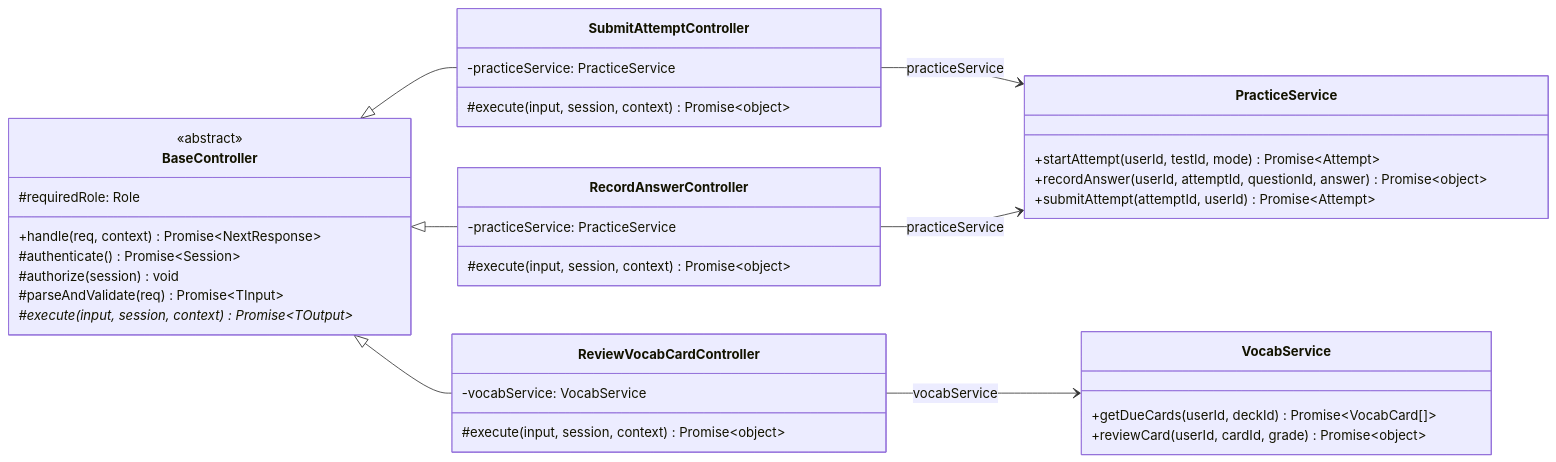
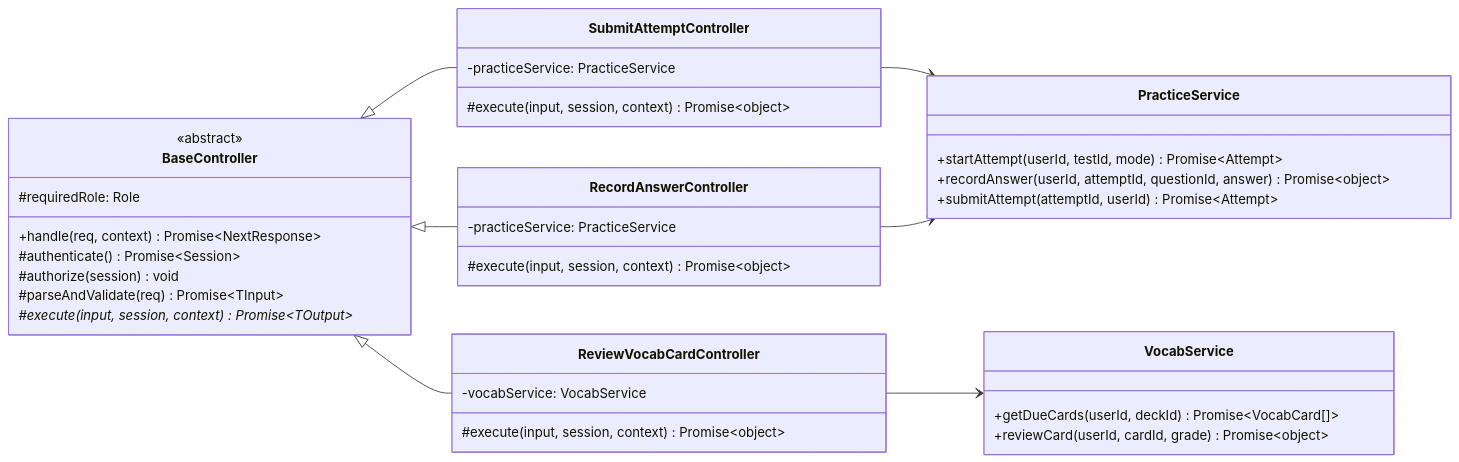
The diagram in docs/uml/03a1-layered-practice-vocab.mmd (202417221-LeDinhVinh/ronansat-oop-demo), drawn with Mermaid before and after one commit. The commit also changed 122 other files, not shown here.

Commit message:
feat(v3): UML and slides for observer/exceptions, mobile vocab fix, README v3, cleanup

```diff
--- a/docs/uml/03a1-layered-practice-vocab.mmd
+++ b/docs/uml/03a1-layered-practice-vocab.mmd
@@ -1,46 +1,46 @@
 classDiagram
     direction LR
 
     class BaseController {
         <<abstract>>
         #requiredRole: Role
         +handle(req, context) Promise~NextResponse~
         #authenticate() Promise~Session~
         #authorize(session) void
         #parseAndValidate(req) Promise~TInput~
         #execute(input, session, context)* Promise~TOutput~
     }
 
     class SubmitAttemptController {
         -practiceService: PracticeService
         #execute(input, session, context) Promise~object~
     }
 
     class RecordAnswerController {
         -practiceService: PracticeService
         #execute(input, session, context) Promise~object~
     }
 
     class ReviewVocabCardController {
         -vocabService: VocabService
         #execute(input, session, context) Promise~object~
     }
 
     class PracticeService {
         +startAttempt(userId, testId, mode) Promise~Attempt~
         +recordAnswer(userId, attemptId, questionId, answer) Promise~object~
         +submitAttempt(attemptId, userId) Promise~Attempt~
     }
 
     class VocabService {
         +getDueCards(userId, deckId) Promise~VocabCard[]~
         +reviewCard(userId, cardId, grade) Promise~object~
     }
 
     BaseController <|-- SubmitAttemptController
     BaseController <|-- RecordAnswerController
     BaseController <|-- ReviewVocabCardController
 
-    SubmitAttemptController --> PracticeService : practiceService
-    RecordAnswerController --> PracticeService : practiceService
-    ReviewVocabCardController --> VocabService : vocabService
+    SubmitAttemptController --> PracticeService
+    RecordAnswerController --> PracticeService
+    ReviewVocabCardController --> VocabService
```
